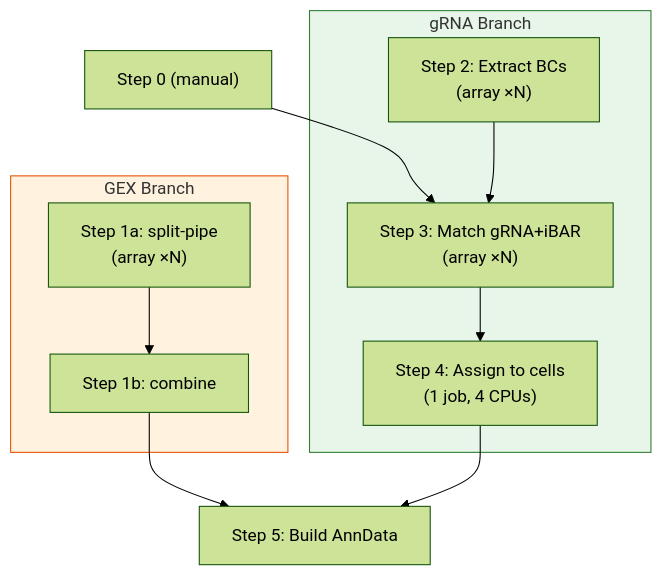
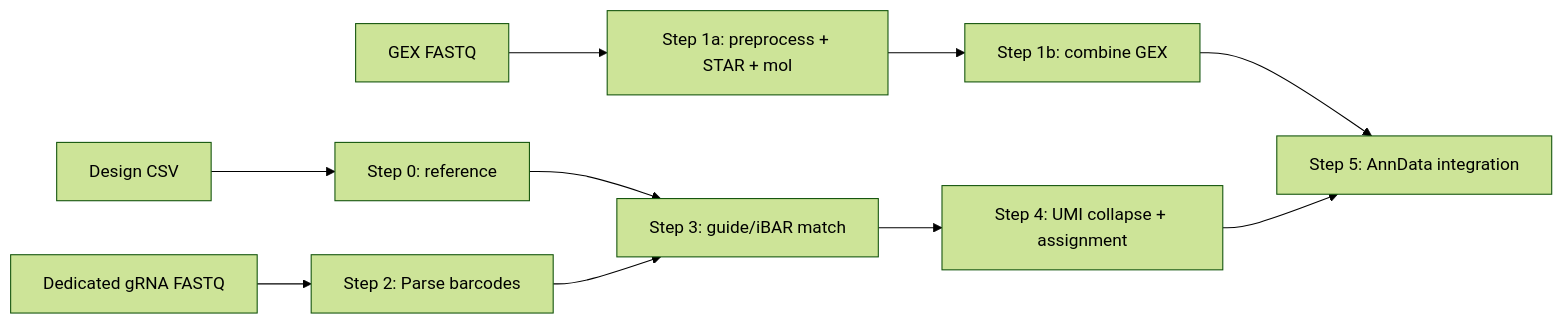
One commit to jhjiang2020/CSM_ccperturbseq changed the first of 2 diagrams in pipeline_overview.md. Above: the diagram before and after it, drawn with Mermaid (forest theme). The commit also changed other lines of this file and 60 other files, not shown here.

Commit message:
feat: add v1.4 GEX gRNA decontamination

````diff
--- a/pipeline_overview.md
+++ b/pipeline_overview.md
@@ -244,23 +9,12 @@
 ```mermaid
-flowchart TD
-    S0["Step 0 (manual)"] --> S3_arr
-
-    subgraph GEX["GEX Branch"]
-        S1a["Step 1a: split-pipe<br>(array ×N)"]
-        S1b["Step 1b: combine"]
-        S1a --> S1b
-    end
-
-    subgraph gRNA["gRNA Branch"]
-        S2_arr["Step 2: Extract BCs<br>(array ×N)"]
-        S3_arr["Step 3: Match gRNA+iBAR<br>(array ×N)"]
-        S4["Step 4: Assign to cells<br>(1 job, 4 CPUs)"]
-        S2_arr --> S3_arr --> S4
-    end
-
-    S1b --> S5
-    S4 --> S5["Step 5: Build AnnData"]
-
-    style GEX fill:#fff3e0,stroke:#e65100
-    style gRNA fill:#e8f5e9,stroke:#2e7d32
+flowchart LR
+    D[Design CSV] --> S0[Step 0: reference]
+    GEX[GEX FASTQ] --> S1A[Step 1a: preprocess + STAR + mol]
+    S1A --> S1B[Step 1b: combine GEX]
+    GRNA[Dedicated gRNA FASTQ] --> S2[Step 2: Parse barcodes]
+    S0 --> S3[Step 3: guide/iBAR match]
+    S2 --> S3
+    S3 --> S4[Step 4: UMI collapse + assignment]
+    S1B --> S5[Step 5: AnnData integration]
+    S4 --> S5
 ```
````
